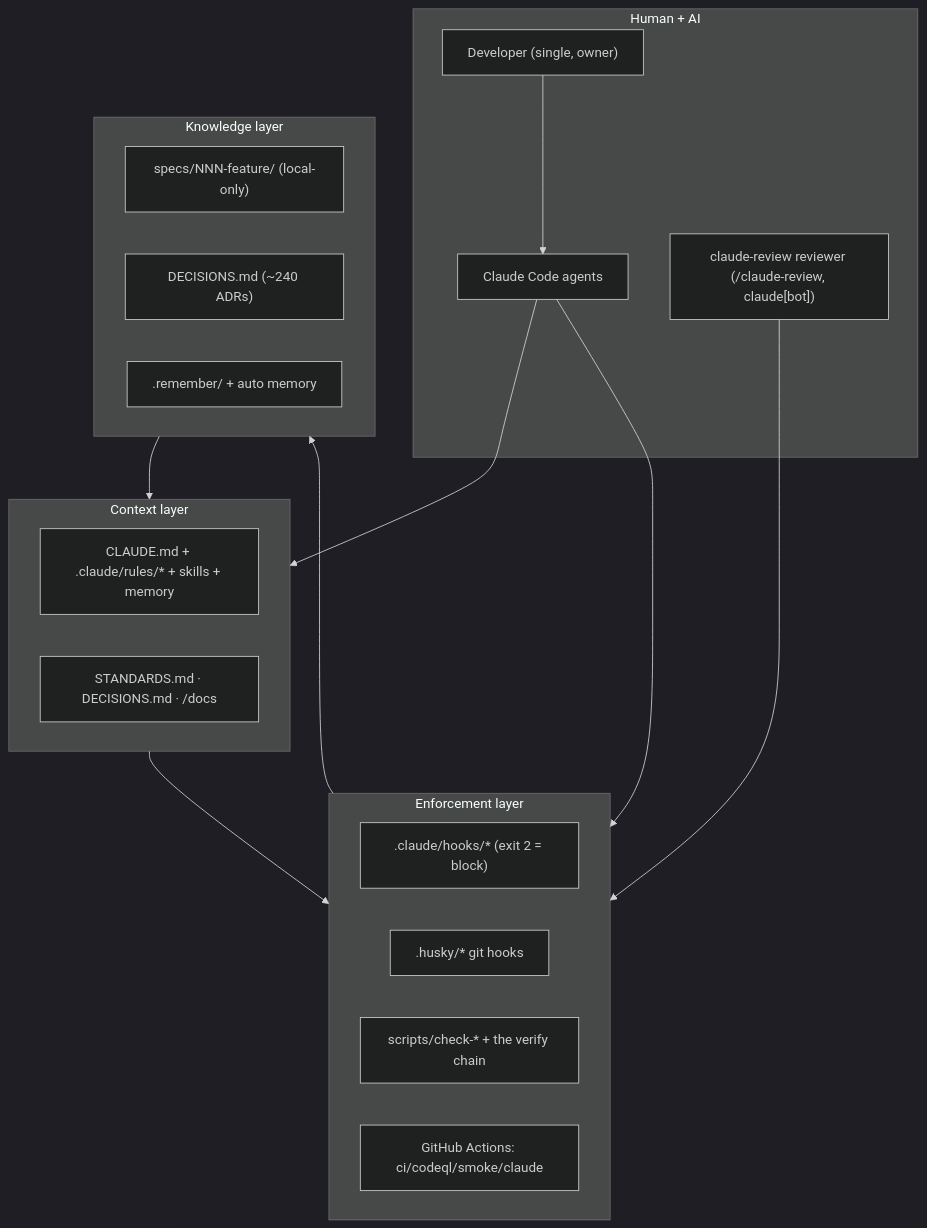
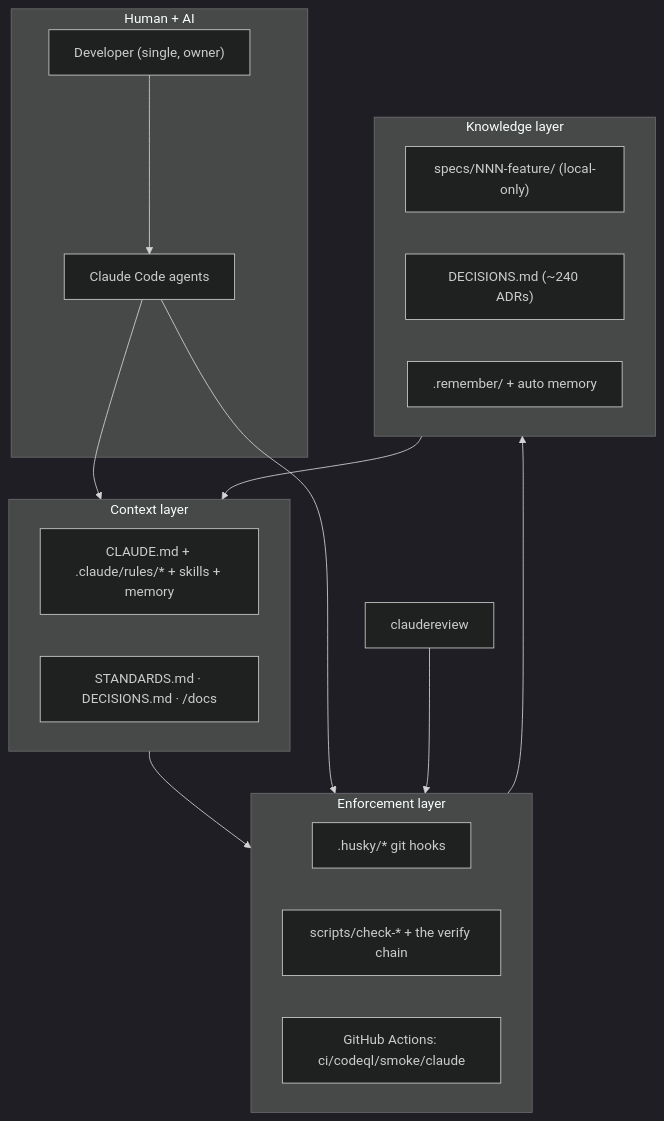
The diagram in docs/handbook/README.md (erikunha/portfolio), drawn with Mermaid (dark theme) before and after one commit. The commit also changed other lines of this file and 152 other files, not shown here.

````diff
--- a/docs/handbook/README.md
+++ b/docs/handbook/README.md
@@ -32,30 +32,28 @@
 ```mermaid
 flowchart TB
     subgraph people["Human + AI"]
         dev["Developer (single, owner)"]
         claude["Claude Code agents"]
-        claudereview["claude-review reviewer (/claude-review, claude[bot])"]
     end
     subgraph context["Context layer"]
         cl["CLAUDE.md + .claude/rules/* + skills + memory"]
         docs["STANDARDS.md · DECISIONS.md · /docs"]
     end
     subgraph enforce["Enforcement layer"]
-        hooks[".claude/hooks/* (exit 2 = block)"]
         husky[".husky/* git hooks"]
         gates["scripts/check-* + the verify chain"]
         ci["GitHub Actions: ci/codeql/smoke/claude"]
     end
     subgraph knowledge["Knowledge layer"]
         specs["specs/NNN-feature/ (local-only)"]
         adr["DECISIONS.md (~240 ADRs)"]
         mem[".remember/ + auto memory"]
     end
     dev --> claude
     claude --> context
     context --> enforce
     claude --> enforce
     claudereview --> enforce
     enforce --> knowledge
     knowledge --> context
 ```
````
